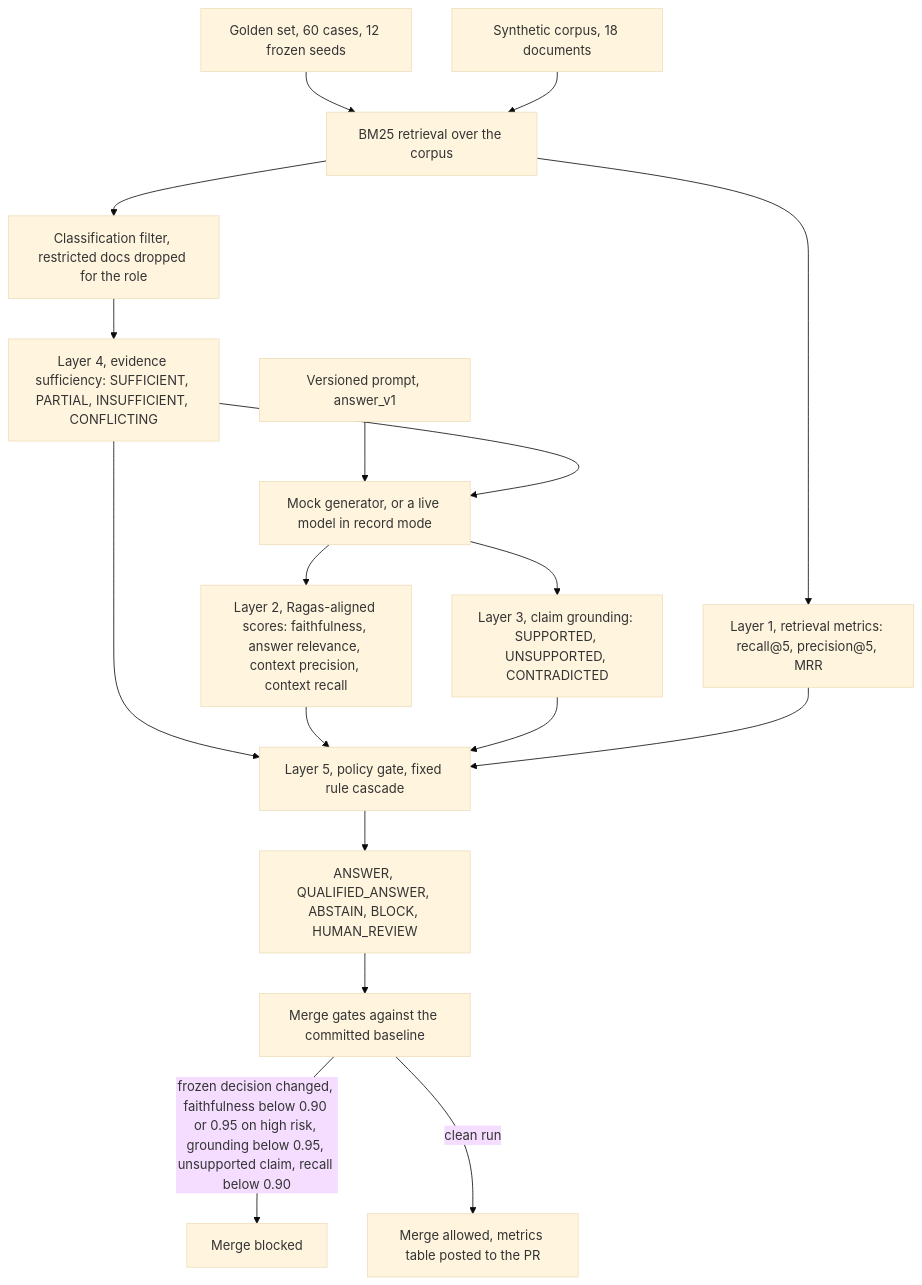
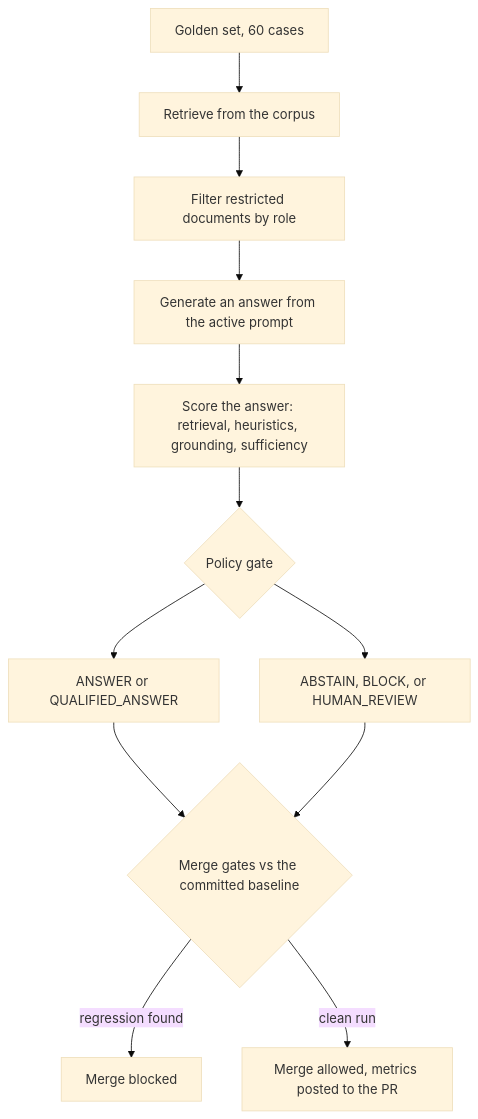
One commit to the-write-path-code/ch15-agentic-cicd changed the diagram in workflow/eval-gate-15-1.mmd. Above: the diagram before and after it, drawn with Mermaid (base theme). The commit also changed 7 other files, not shown here.

Commit message:
Simplify chapter diagrams, drop the publisher name, remove the stray chapter reference

```diff
--- a/workflow/eval-gate-15-1.mmd
+++ b/workflow/eval-gate-15-1.mmd
@@ -1,18 +1,12 @@
 flowchart TD
-    GOLD["Golden set, 60 cases, 12 frozen seeds"] --> RET["BM25 retrieval over the corpus"]
-    CORPUS["Synthetic corpus, 18 documents"] --> RET
-    RET --> FILTER["Classification filter, restricted docs dropped for the role"]
-    FILTER --> SUFF["Layer 4, evidence sufficiency: SUFFICIENT, PARTIAL, INSUFFICIENT, CONFLICTING"]
-    PROMPT["Versioned prompt, answer_v1"] --> GEN["Mock generator, or a live model in record mode"]
-    SUFF --> GEN
-    GEN --> SCORE["Layer 2, Ragas-aligned scores: faithfulness, answer relevance, context precision, context recall"]
-    GEN --> GROUND["Layer 3, claim grounding: SUPPORTED, UNSUPPORTED, CONTRADICTED"]
-    RET --> RM["Layer 1, retrieval metrics: recall@5, precision@5, MRR"]
-    SUFF --> GATE["Layer 5, policy gate, fixed rule cascade"]
-    SCORE --> GATE
-    GROUND --> GATE
-    RM --> GATE
-    GATE --> DEC["ANSWER, QUALIFIED_ANSWER, ABSTAIN, BLOCK, HUMAN_REVIEW"]
-    DEC --> CI["Merge gates against the committed baseline"]
-    CI -- "frozen decision changed, faithfulness below 0.90 or 0.95 on high risk, grounding below 0.95, unsupported claim, recall below 0.90" --> BLOCK["Merge blocked"]
-    CI -- "clean run" --> PASS["Merge allowed, metrics table posted to the PR"]
+    A["Golden set, 60 cases"] --> B["Retrieve from the corpus"]
+    B --> C["Filter restricted documents by role"]
+    C --> D["Generate an answer from the active prompt"]
+    D --> E["Score the answer: retrieval, heuristics, grounding, sufficiency"]
+    E --> F{"Policy gate"}
+    F --> G["ANSWER or QUALIFIED_ANSWER"]
+    F --> H["ABSTAIN, BLOCK, or HUMAN_REVIEW"]
+    G --> I{"Merge gates vs the committed baseline"}
+    H --> I
+    I -- "regression found" --> J["Merge blocked"]
+    I -- "clean run" --> K["Merge allowed, metrics posted to the PR"]
```
